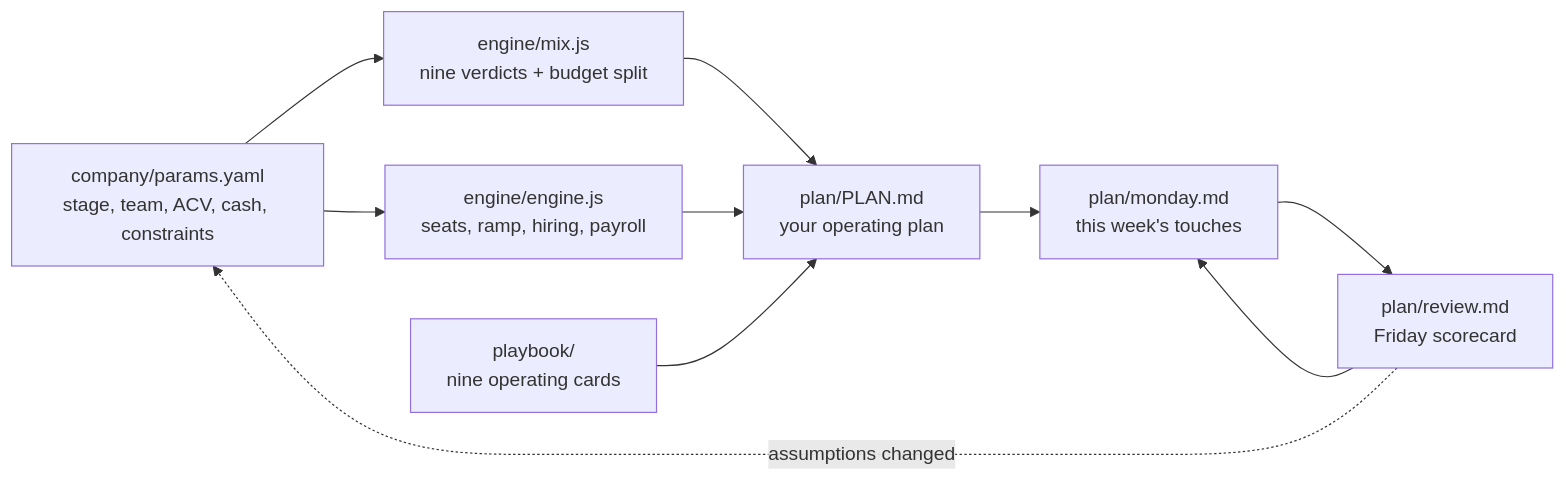
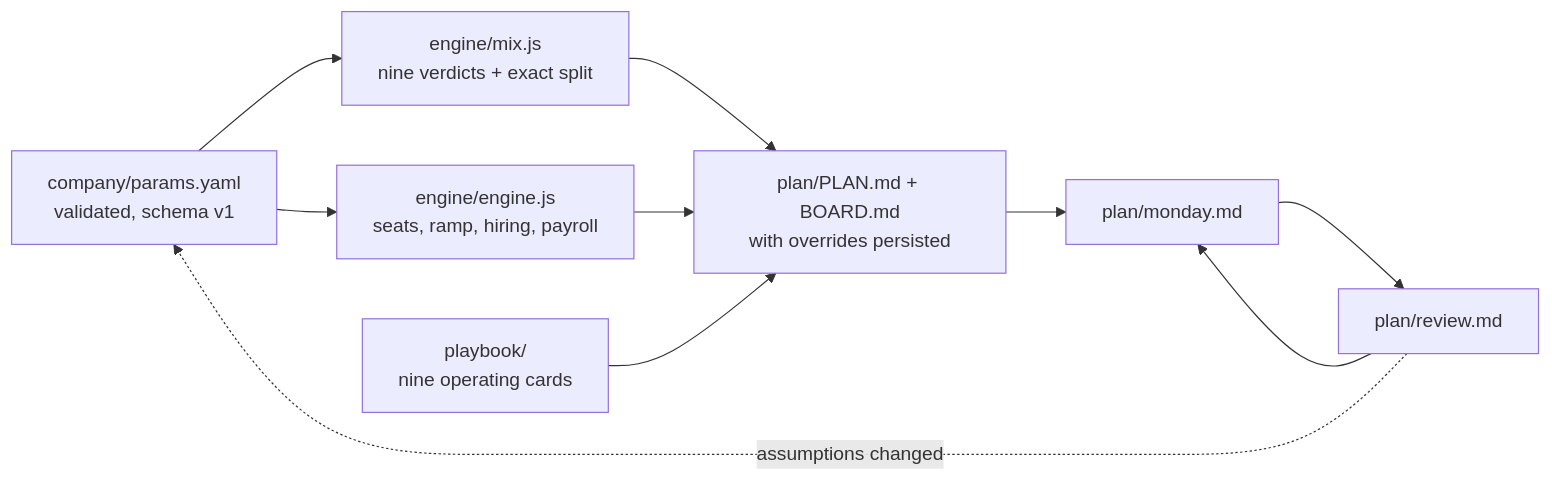
Before and after one commit to awesbecher/pipeline-gen-as-code: the diagram in README.md, drawn with Mermaid. The commit also changed other lines of this file and 51 other files, not shown here.

````diff
--- a/README.md
+++ b/README.md
@@ -116,12 +152,12 @@
 ```mermaid
 flowchart LR
-    P["company/params.yaml<br/>stage, team, ACV, cash, constraints"] --> M["engine/mix.js<br/>nine verdicts + budget split"]
+    P["company/params.yaml<br/>validated, schema v1"] --> M["engine/mix.js<br/>nine verdicts + exact split"]
     P --> C["engine/engine.js<br/>seats, ramp, hiring, payroll"]
-    M --> PL["plan/PLAN.md<br/>your operating plan"]
+    M --> PL["plan/PLAN.md + BOARD.md<br/>with overrides persisted"]
     C --> PL
     K["playbook/<br/>nine operating cards"] --> PL
-    PL --> MO["plan/monday.md<br/>this week's touches"]
-    MO --> R["plan/review.md<br/>Friday scorecard"]
+    PL --> MO["plan/monday.md"]
+    MO --> R["plan/review.md"]
     R --> MO
     R -. assumptions changed .-> P
 ```
````
